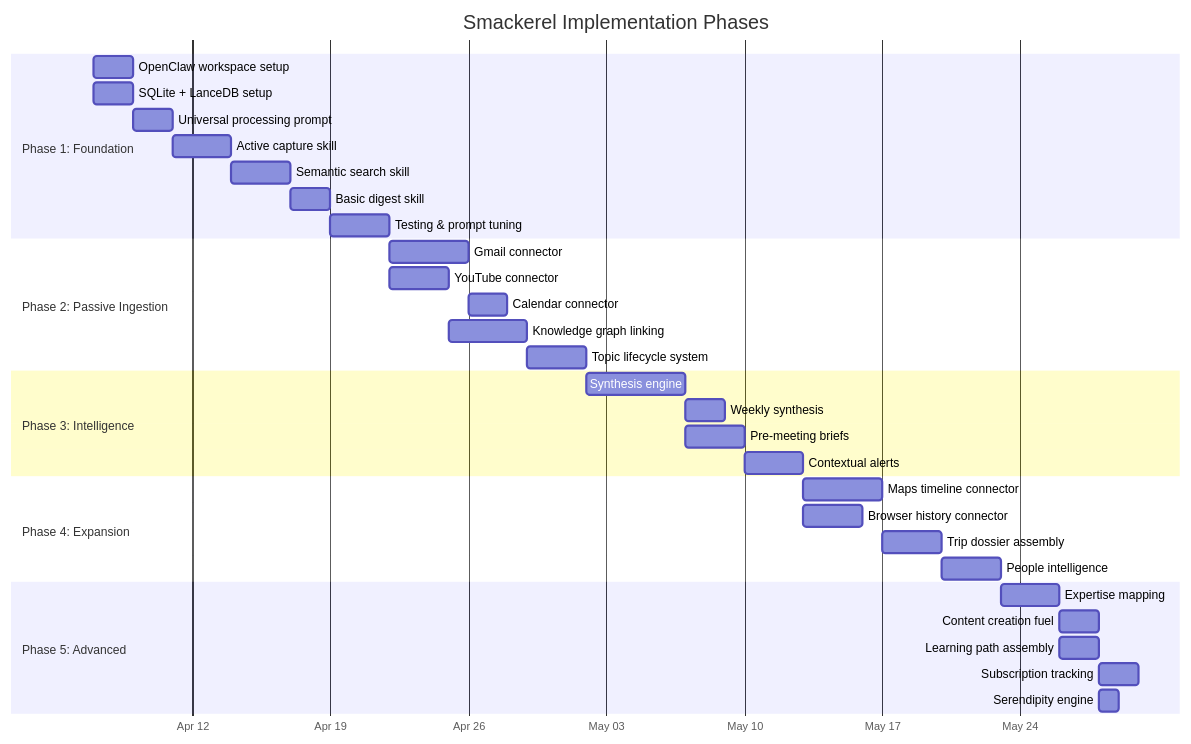
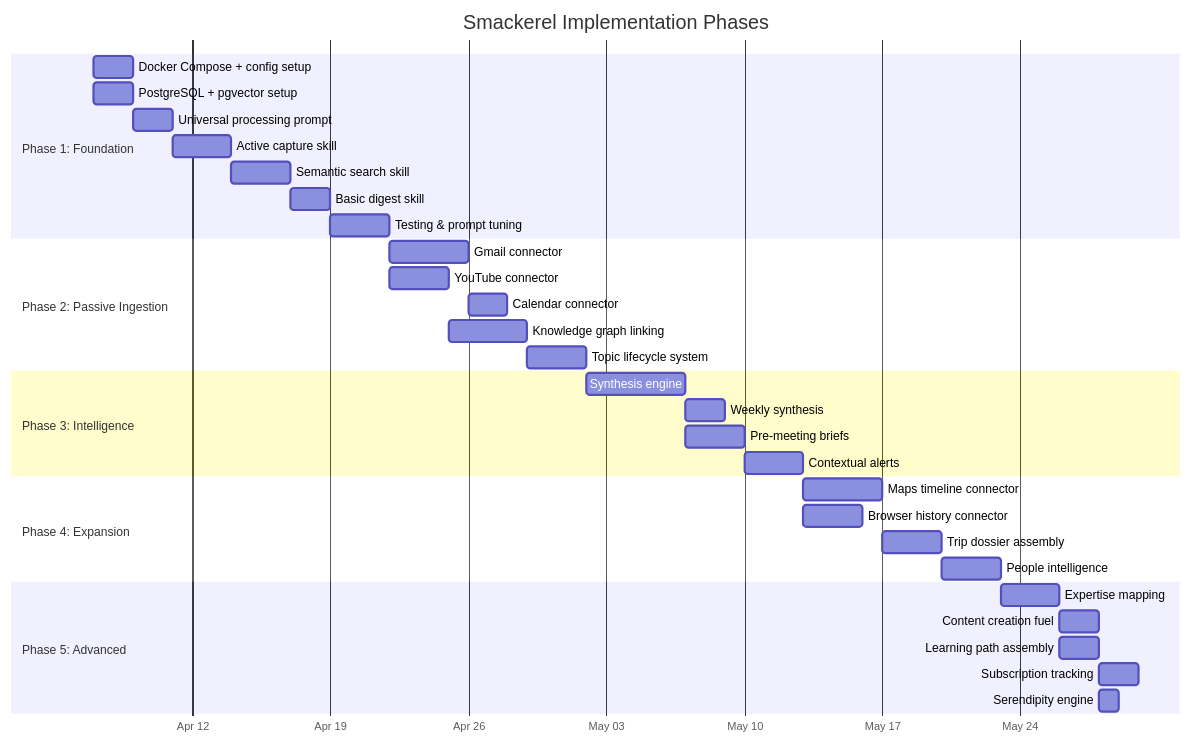
Before and after one commit to pkirsanov/smackerel: diagram 14 of 14 in docs/smackerel.md, drawn with Mermaid. The commit also changed other lines of this file and 76 other files, not shown here.

````diff
--- a/docs/smackerel.md
+++ b/docs/smackerel.md
@@ -1826,41 +1839,41 @@
 ```mermaid
 gantt
     title Smackerel Implementation Phases
     dateFormat  YYYY-MM-DD
     axisFormat  %b %d
 
     section Phase 1: Foundation
-    OpenClaw workspace setup        :p1a, 2026-04-07, 2d
-    SQLite + LanceDB setup          :p1b, 2026-04-07, 2d
+    Docker Compose + config setup   :p1a, 2026-04-07, 2d
+    PostgreSQL + pgvector setup     :p1b, 2026-04-07, 2d
     Universal processing prompt     :p1c, after p1b, 2d
     Active capture skill            :p1d, after p1c, 3d
     Semantic search skill           :p1e, after p1d, 3d
     Basic digest skill              :p1f, after p1e, 2d
     Testing & prompt tuning         :p1g, after p1f, 3d
 
     section Phase 2: Passive Ingestion
     Gmail connector                 :p2a, after p1g, 4d
     YouTube connector               :p2b, after p1g, 3d
     Calendar connector              :p2c, after p2a, 2d
     Knowledge graph linking         :p2d, after p2b, 4d
     Topic lifecycle system          :p2e, after p2d, 3d
 
     section Phase 3: Intelligence
     Synthesis engine                :p3a, after p2e, 5d
     Weekly synthesis                :p3b, after p3a, 2d
     Pre-meeting briefs              :p3c, after p3a, 3d
     Contextual alerts               :p3d, after p3c, 3d
 
     section Phase 4: Expansion
     Maps timeline connector         :p4a, after p3d, 4d
     Browser history connector       :p4b, after p3d, 3d
     Trip dossier assembly           :p4c, after p4a, 3d
     People intelligence             :p4d, after p4c, 3d
 
     section Phase 5: Advanced
     Expertise mapping               :p5a, after p4d, 3d
     Content creation fuel           :p5b, after p5a, 2d
     Learning path assembly          :p5c, after p5a, 2d
     Subscription tracking           :p5d, after p5b, 2d
     Serendipity engine              :p5e, after p5c, 1d
 ```
````
